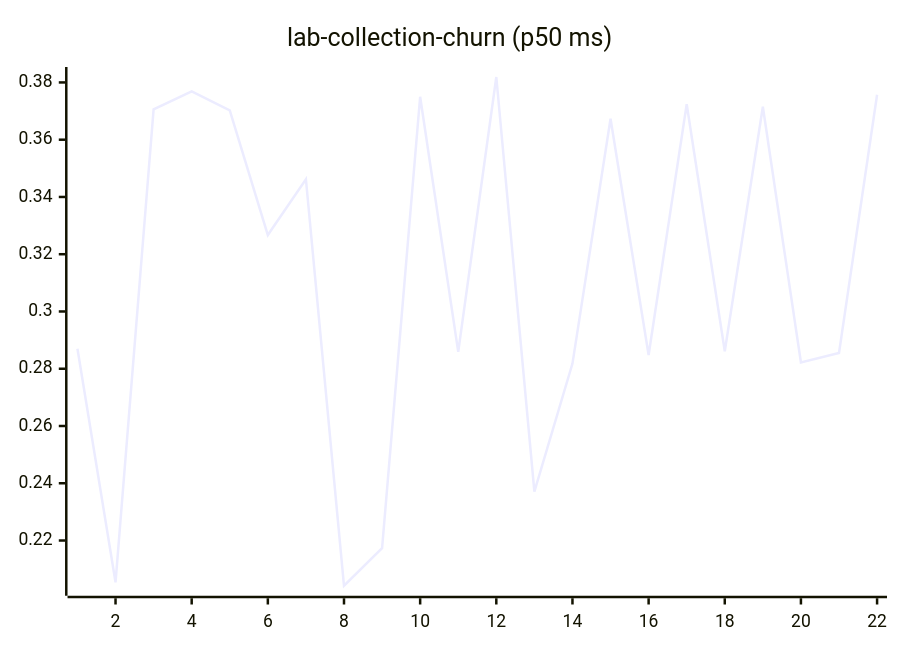
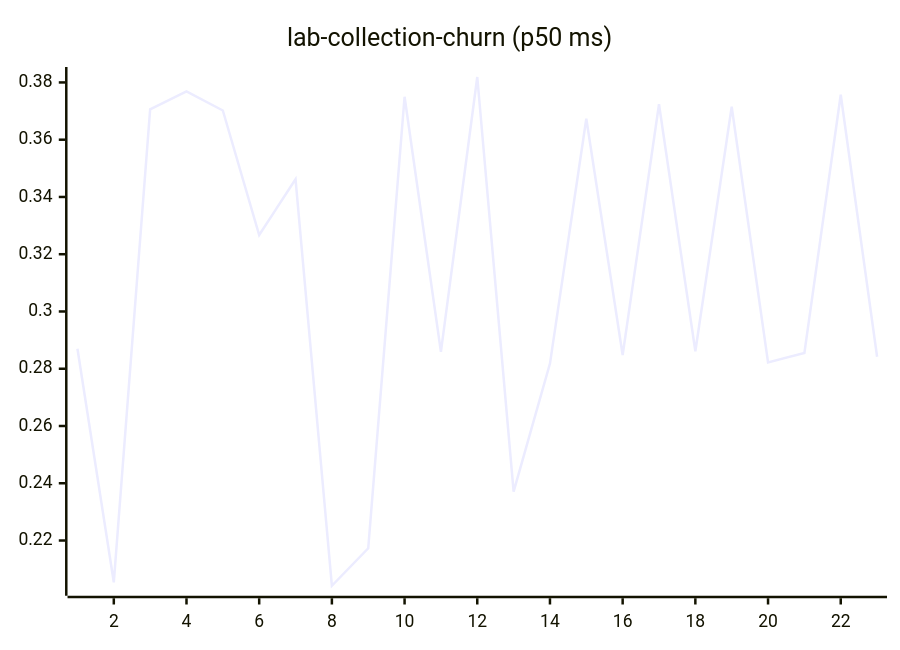
One commit to josha/Facet changed diagram 11 of 27 in README.md. Above: the diagram before and after it, drawn with Mermaid. The commit also changed other lines of this file and 2 other files, not shown here.

````diff
--- a/README.md
+++ b/README.md
@@ -133,6 +133,6 @@
 ```mermaid
 xychart-beta
     title "lab-collection-churn (p50 ms)"
-    x-axis 1 --> 22
-    line [0.2870, 0.2054, 0.3706, 0.3769, 0.3702, 0.3267, 0.3462, 0.2042, 0.2173, 0.3750, 0.2859, 0.3819, 0.2371, 0.2818, 0.3673, 0.2848, 0.3724, 0.2861, 0.3715, 0.2822, 0.2855, 0.3757]
+    x-axis 1 --> 23
+    line [0.2870, 0.2054, 0.3706, 0.3769, 0.3702, 0.3267, 0.3462, 0.2042, 0.2173, 0.3750, 0.2859, 0.3819, 0.2371, 0.2818, 0.3673, 0.2848, 0.3724, 0.2861, 0.3715, 0.2822, 0.2855, 0.3757, 0.2842]
 ```
````
